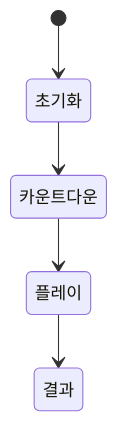
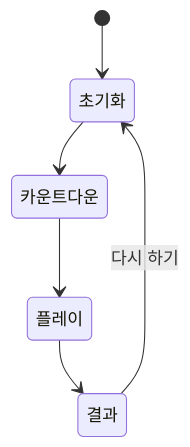
The second of 2 diagrams in src/4-ar-room/기술문서.md (Searabbit11/portfolio), drawn with Mermaid before and after one commit. The commit also changed other lines of this file and 51 other files, not shown here.

````diff
--- a/src/4-ar-room/기술문서.md
+++ b/src/4-ar-room/기술문서.md
@@ -51,11 +65,12 @@
 ```mermaid
 stateDiagram-v2
     state "초기화" as Initialize
     state "카운트다운" as Countdown
     state "플레이" as Play
     state "결과" as Result
     [*] --> Initialize
     Initialize --> Countdown
     Countdown --> Play
     Play --> Result
+    Result --> Initialize: 다시 하기
 ```
````
